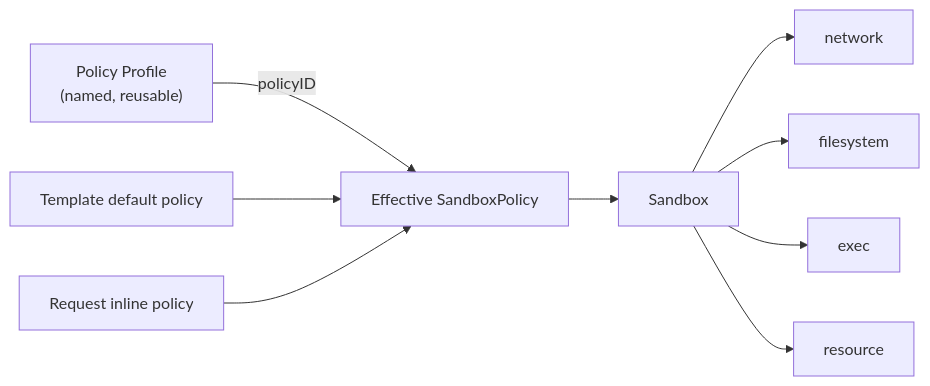
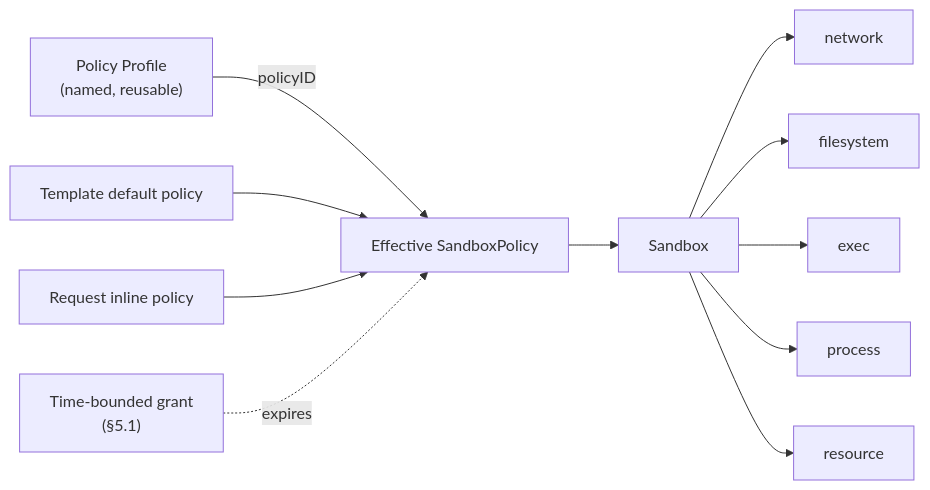
One commit to cloudapp-group/sandbox-policy-spec changed the diagram in specs/0001-sandbox-security-policy/en/overview.md. Above: the diagram before and after it, drawn with Mermaid. The commit also changed other lines of this file and 13 other files, not shown here.

First line of the commit message:
spec: add process module, policy tiers, and time-bounded grants

````diff
--- a/specs/0001-sandbox-security-policy/en/overview.md
+++ b/specs/0001-sandbox-security-policy/en/overview.md
@@ -101,11 +115,13 @@
 ```mermaid
 flowchart LR
     P["Policy Profile<br/>(named, reusable)"] -->|policyID| M
     T["Template default policy"] --> M["Effective SandboxPolicy"]
     R["Request inline policy"] --> M
+    G["Time-bounded grant<br/>(§5.1)"] -.->|expires| M
     M --> S["Sandbox"]
     S --> D1["network"]
     S --> D2["filesystem"]
     S --> D3["exec"]
-    S --> D4["resource"]
+    S --> D4["process"]
+    S --> D5["resource"]
 ```
````
